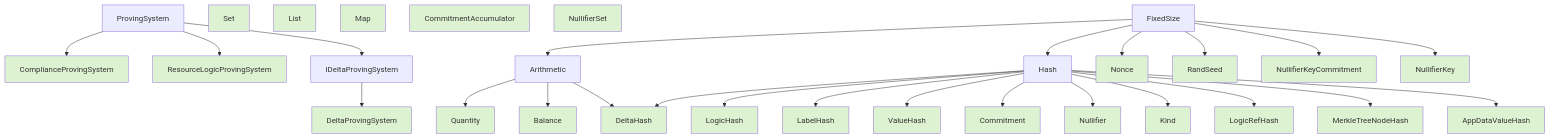
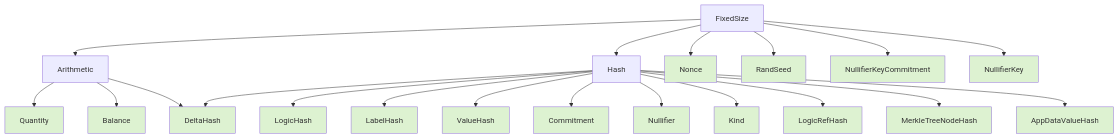
One commit to anoma/nspec changed the second of 2 diagrams in docs/arch/system/state/resource_machine/primitive_interfaces/index.md. Above: the diagram before and after it, drawn with Mermaid. The commit also changed other lines of this file and 23 other files, not shown here.

````diff
--- a/docs/arch/system/state/resource_machine/primitive_interfaces/index.md
+++ b/docs/arch/system/state/resource_machine/primitive_interfaces/index.md
@@ -8,78 +36,55 @@
 ``` mermaid
 
 flowchart TB
-    ProvingSystem
-    Set
-    List
-    Map
-    CommitmentAccumulator
-    NullifierSet
-    FixedSize
-
-    style Set fill:#ddf2d1
-    style List fill:#ddf2d1
-    style Map fill:#ddf2d1
-    style CommitmentAccumulator fill:#ddf2d1
-    style NullifierSet fill:#ddf2d1
-
-
-    ProvingSystem --> ComplianceProvingSystem
-    ProvingSystem --> ResourceLogicProvingSystem
-    ProvingSystem --> IDeltaProvingSystem
-    IDeltaProvingSystem --> DeltaProvingSystem
-    style ComplianceProvingSystem fill:#ddf2d1
-    style ResourceLogicProvingSystem fill:#ddf2d1
-    style DeltaProvingSystem fill:#ddf2d1
-
 
     FixedSize --> Arithmetic
     FixedSize --> Hash
 
 
     FixedSize --> Nonce
     FixedSize --> RandSeed
     FixedSize --> NullifierKeyCommitment
     FixedSize --> NullifierKey
 
     style Nonce fill:#ddf2d1
     style RandSeed fill:#ddf2d1
     style NullifierKey fill:#ddf2d1
     style NullifierKeyCommitment fill:#ddf2d1
 
 
     Arithmetic --> Quantity
     Arithmetic --> Balance
 
     Arithmetic --> DeltaHash
 
     style Quantity fill:#ddf2d1
     style Balance fill:#ddf2d1
     style DeltaHash fill:#ddf2d1
 
 
     Hash --> LogicHash
     Hash --> LabelHash
     Hash --> ValueHash
     Hash --> DeltaHash
 
     Hash --> Commitment
     Hash --> Nullifier
     Hash --> Kind
     Hash --> LogicRefHash
     Hash --> MerkleTreeNodeHash
 
     style LogicHash fill:#ddf2d1
     style LabelHash fill:#ddf2d1
     style ValueHash fill:#ddf2d1
     style DeltaHash fill:#ddf2d1
     style Commitment fill:#ddf2d1
     style Nullifier fill:#ddf2d1
     style Kind fill:#ddf2d1
     style LogicRefHash fill:#ddf2d1
     style MerkleTreeNodeHash fill:#ddf2d1
 
 
     Hash --> AppDataValueHash
     style AppDataValueHash fill:#ddf2d1
 
 ```
````
